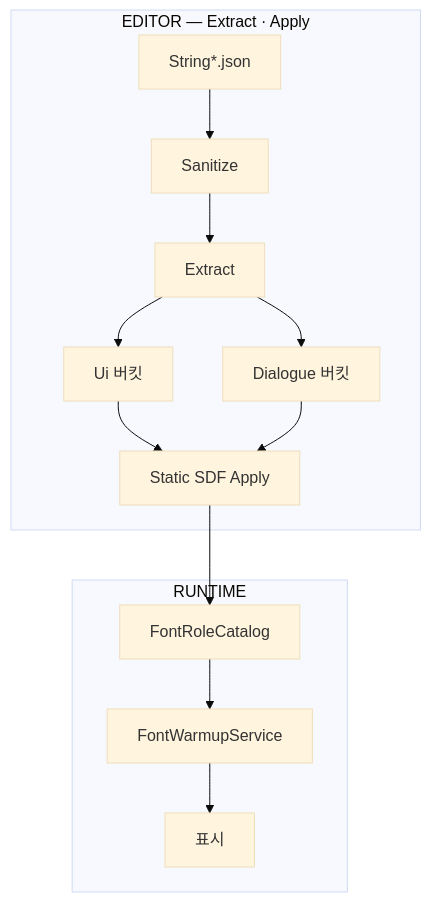
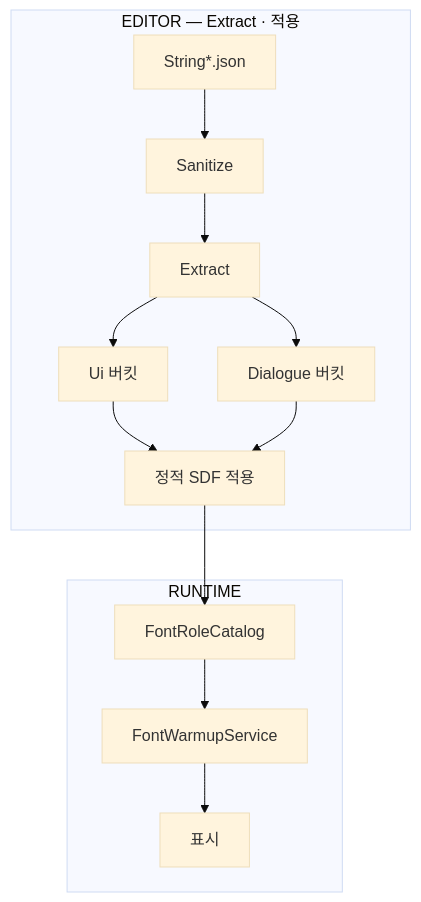
Before and after one commit to monet5379/monet5379.github.io: the diagram in projects/tmp-font-pipeline.md, drawn with Mermaid (base theme). The commit also changed other lines of this file and 27 other files, not shown here.

````diff
--- a/projects/tmp-font-pipeline.md
+++ b/projects/tmp-font-pipeline.md
@@ -40,18 +40,18 @@
 ```mermaid
 flowchart TD
-  subgraph EDITOR["EDITOR — Extract · Apply"]
+  subgraph EDITOR["EDITOR — Extract · 적용"]
     A["String*.json"] --> B["Sanitize"]
     B --> C["Extract"]
     C --> D["Ui 버킷"]
     C --> E["Dialogue 버킷"]
-    D --> F["Static SDF Apply"]
+    D --> F["정적 SDF 적용"]
     E --> F
   end
 
   subgraph RUNTIME["RUNTIME"]
     G["FontRoleCatalog"] --> H["FontWarmupService"]
     H --> I["표시"]
   end
 
   F --> G
 ```
````
